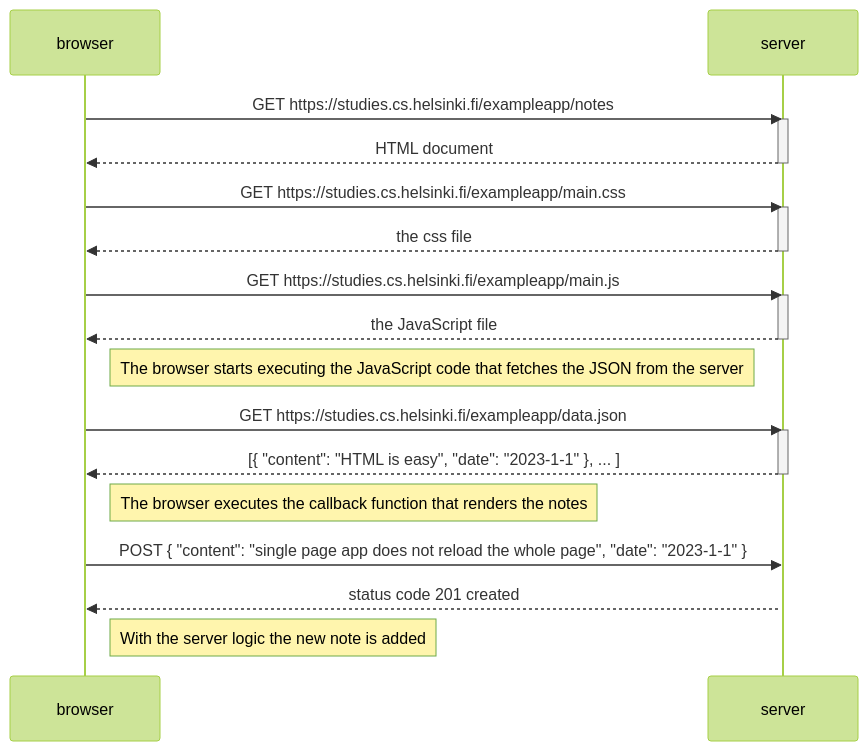
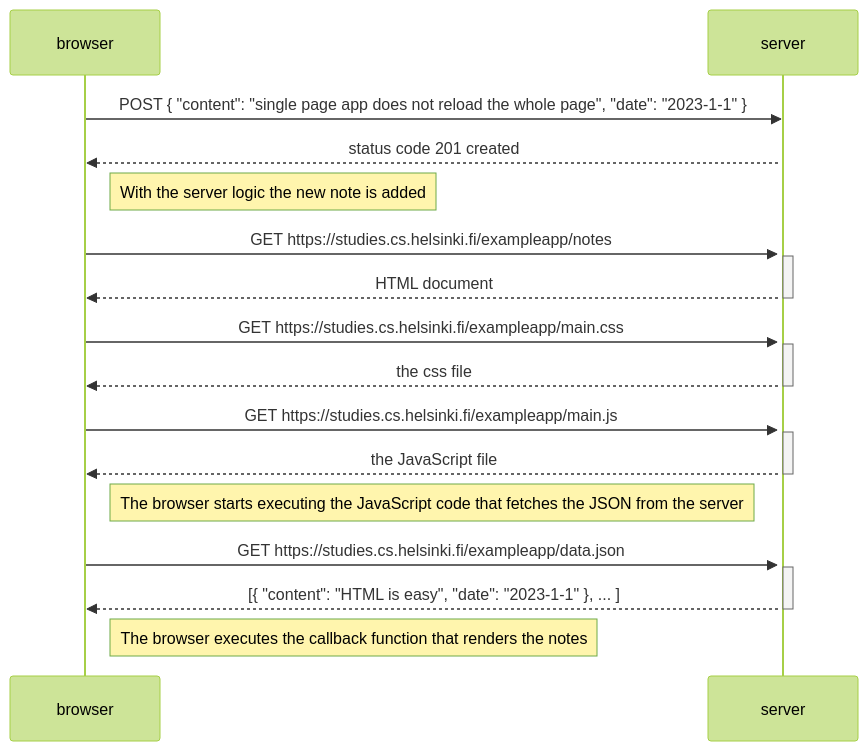
Before and after one commit to yohanCami/fullStackOpenCourse: the diagram in part0/exercises/0-6.diagramSPAAddNote.md, drawn with Mermaid (forest theme).

Commit message:
edit Part0/exercise 0-6

````diff
--- a/part0/exercises/0-6.diagramSPAAddNote.md
+++ b/part0/exercises/0-6.diagramSPAAddNote.md
@@ -1,38 +1,39 @@
 ```mermaid
 sequenceDiagram
 
     participant browser
     participant server
+
+        browser->>server: POST { "content": "single page app does not reload the whole page", "date": "2023-1-1" }
+        activate server
+
+        server-->>browser: status code 201 created
+
+        Note right of browser: With the server logic the new note is added
 
         browser->>server: GET https://studies.cs.helsinki.fi/exampleapp/notes
         activate server
 
         server-->>browser: HTML document
         deactivate server
 
         browser->>server: GET https://studies.cs.helsinki.fi/exampleapp/main.css
         activate server
         server-->>browser: the css file
         deactivate server
 
         browser->>server: GET https://studies.cs.helsinki.fi/exampleapp/main.js
         activate server
         server-->>browser: the JavaScript file
         deactivate server
 
         Note right of browser: The browser starts executing the JavaScript code that fetches the JSON from the server
 
         browser->>server: GET https://studies.cs.helsinki.fi/exampleapp/data.json
         activate server
         server-->>browser: [{ "content": "HTML is easy", "date": "2023-1-1" }, ... ]
         deactivate server
 
         Note right of browser: The browser executes the callback function that renders the notes
 
-        browser->>server: POST { "content": "single page app does not reload the whole page", "date": "2023-1-1" }
-        activate server
-
-        server-->>browser: status code 201 created
-
-        Note right of browser: With the server logic the new note is added
 ```
````
